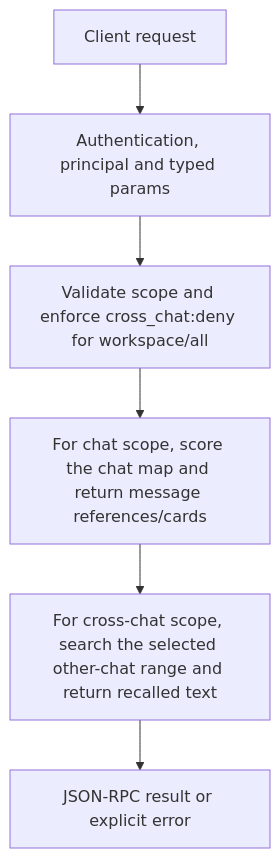
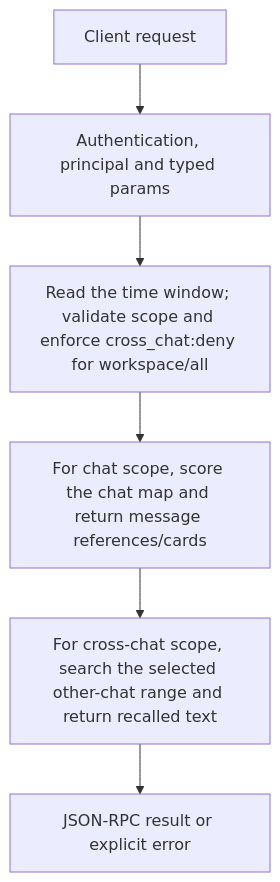
Before and after one commit to cluaiz/cluaiz: the diagram in docs/api/cep/ai-inference/memory/memory.search.md, drawn with Mermaid. The commit also changed other lines of this file and 18 other files, not shown here.

````diff
--- a/docs/api/cep/ai-inference/memory/memory.search.md
+++ b/docs/api/cep/ai-inference/memory/memory.search.md
@@ -98,8 +115,8 @@
 ```mermaid
 flowchart TD
     C["Client request"] --> A["Authentication, principal and typed params"]
-    A --> P0["Validate scope and enforce cross_chat:deny for workspace/all"]
+    A --> P0["Read the time window; validate scope and enforce cross_chat:deny for workspace/all"]
     P0 --> P1["For chat scope, score the chat map and return message references/cards"]
     P1 --> P2["For cross-chat scope, search the selected other-chat range and return recalled text"]
     P2 --> R["JSON-RPC result or explicit error"]
 ```
````
